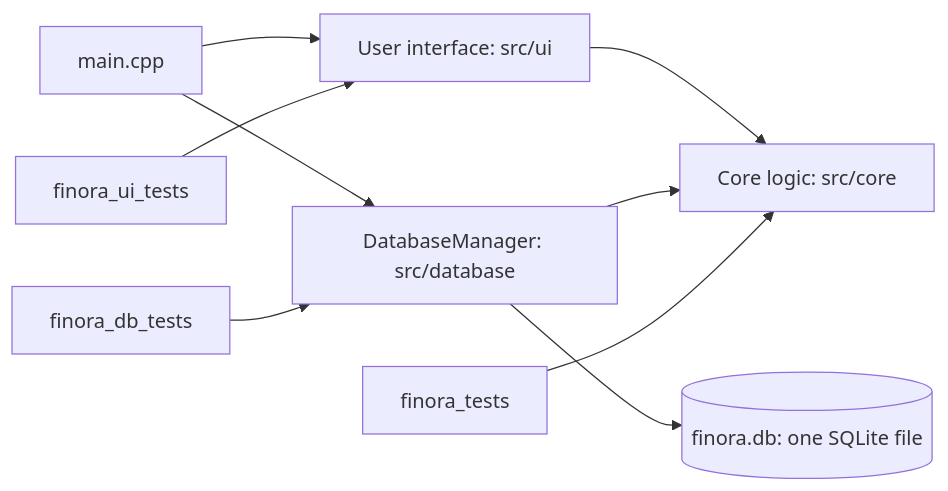
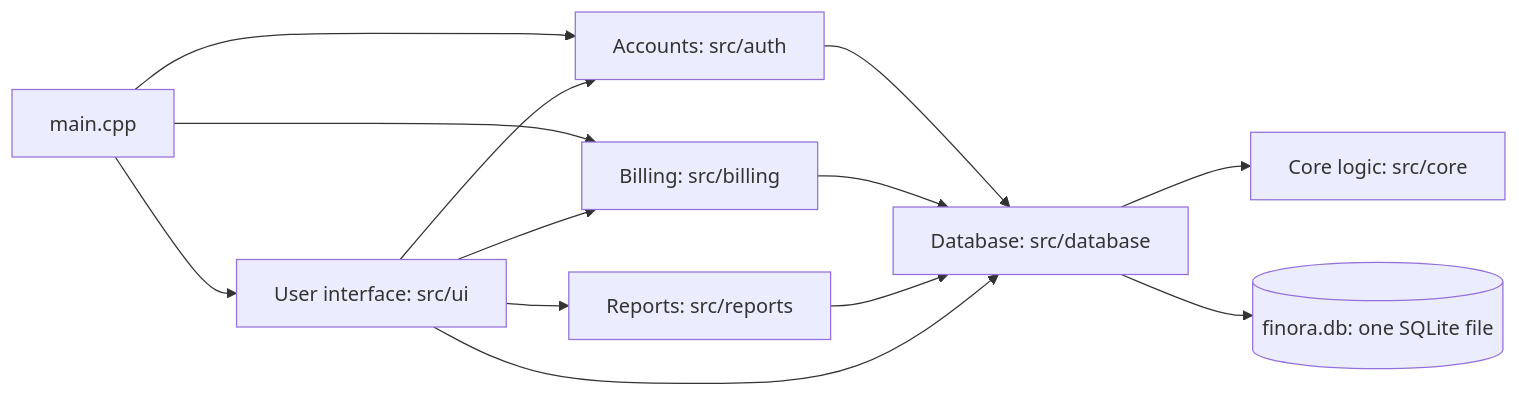
Before and after one commit to msaeed-dev-stack/Finora: the first of 12 diagrams in docs/DESIGN.md, drawn with Mermaid. The commit also changed other lines of this file and 61 other files, not shown here.

````diff
--- a/docs/DESIGN.md
+++ b/docs/DESIGN.md
@@ -18,11 +21,15 @@
 ```mermaid
 flowchart LR
-    Main["main.cpp"] --> DBM["DatabaseManager: src/database"]
-    Main --> UI["User interface: src/ui"]
-    UI --> Core["Core logic: src/core"]
-    DBM --> Core
+    Main["main.cpp"] --> UI["User interface: src/ui"]
+    Main --> Auth["Accounts: src/auth"]
+    Main --> Billing["Billing: src/billing"]
+    UI --> Auth
+    UI --> Billing
+    UI --> Reports["Reports: src/reports"]
+    Auth --> DBM["Database: src/database"]
+    Billing --> DBM
+    Reports --> DBM
+    UI --> DBM
+    DBM --> Core["Core logic: src/core"]
     DBM --> File[("finora.db: one SQLite file")]
-    CoreTests["finora_tests"] --> Core
-    UiTests["finora_ui_tests"] --> UI
-    DbTests["finora_db_tests"] --> DBM
 ```
````
